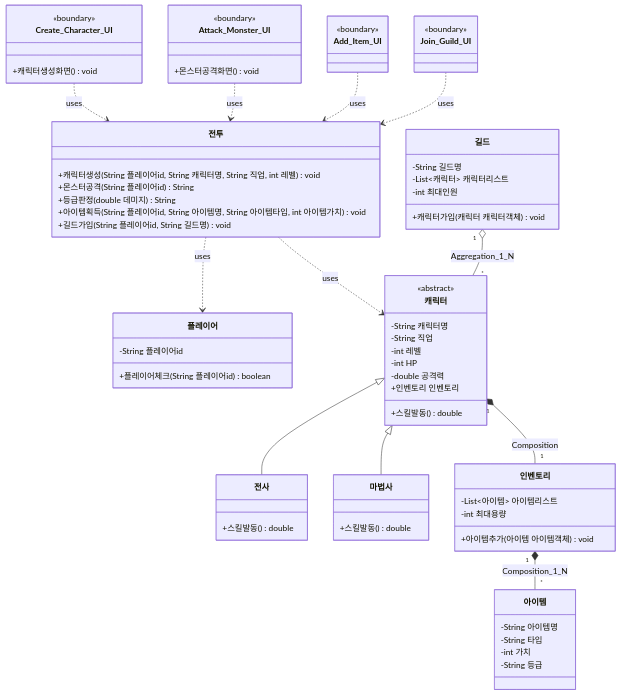
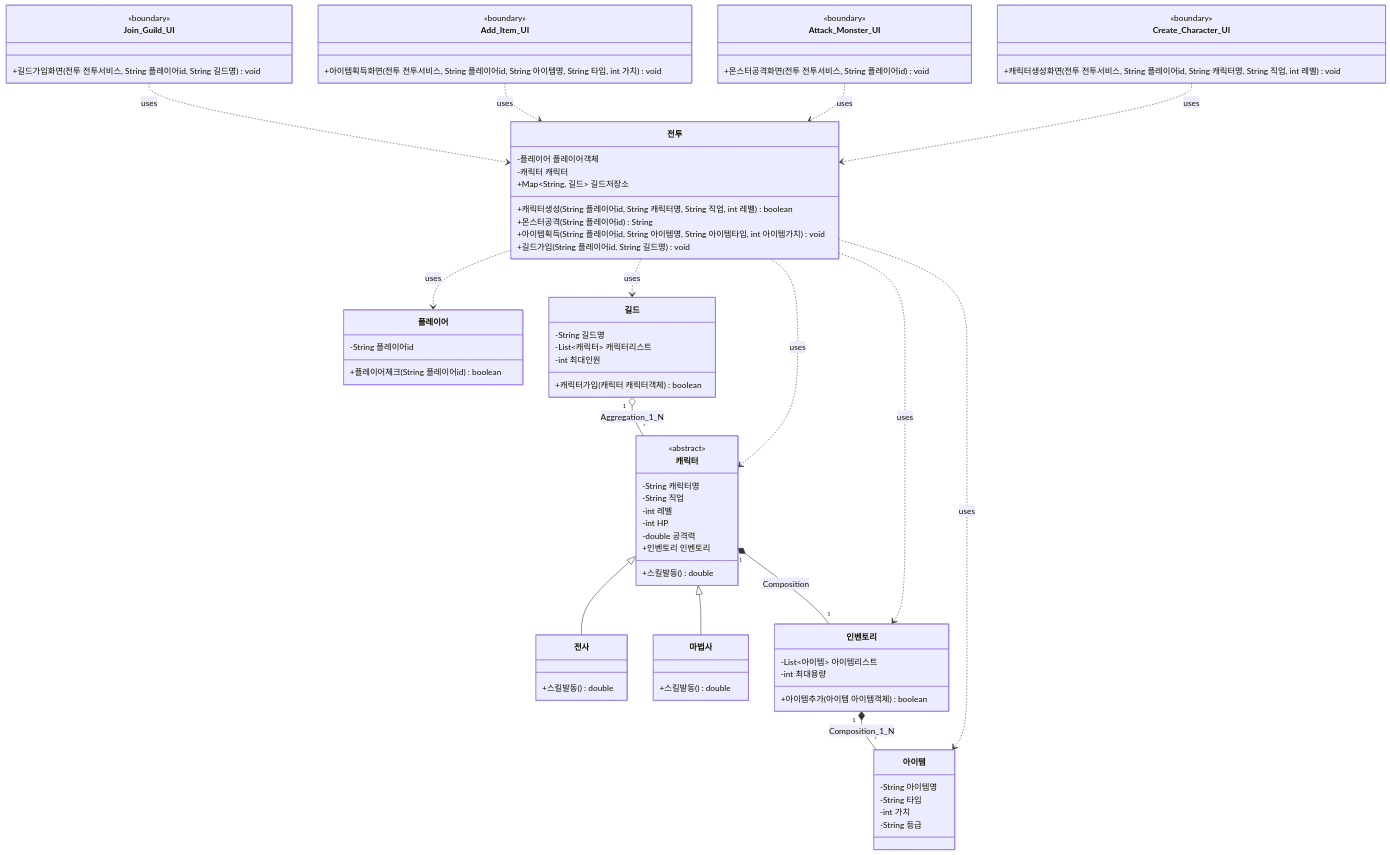
One commit to myeongjunyoung/DNF_BATTLE_B_01-02 changed the diagram in classDiagram.md. Above: the diagram before and after it, drawn with Mermaid. The commit also changed 15 other files, not shown here.

Commit message:
JSP 자바 로직 구현 & 다이어그램 수정

```diff
--- a/classDiagram.md
+++ b/classDiagram.md
@@ -3,24 +3,28 @@
     %% UI (Boundary) 클래스
     class Create_Character_UI {
         <<boundary>>
-        +캐릭터생성화면() void
+        +캐릭터생성화면(전투 전투서비스, String 플레이어id, String 캐릭터명, String 직업, int 레벨) void
     }
     class Attack_Monster_UI {
         <<boundary>>
-        +몬스터공격화면() void
+        +몬스터공격화면(전투 전투서비스, String 플레이어id) void
     }
     class Add_Item_UI {
         <<boundary>>
+        +아이템획득화면(전투 전투서비스, String 플레이어id, String 아이템명, String 타입, int 가치) void
     }
     class Join_Guild_UI {
         <<boundary>>
+        +길드가입화면(전투 전투서비스, String 플레이어id, String 길드명) void
     }
 
     %% 제어 클래스
     class 전투 {
-        +캐릭터생성(String 플레이어id, String 캐릭터명, String 직업, int 레벨) void
+        -플레이어 플레이어객체
+        -캐릭터 캐릭터
+        +Map~String, 길드~ 길드저장소
+        +캐릭터생성(String 플레이어id, String 캐릭터명, String 직업, int 레벨) boolean
         +몬스터공격(String 플레이어id) String
-        +등급판정(double 데미지) String
         +아이템획득(String 플레이어id, String 아이템명, String 아이템타입, int 아이템가치) void
         +길드가입(String 플레이어id, String 길드명) void
     }
@@ -60,14 +64,14 @@
     class 인벤토리 {
         -List~아이템~ 아이템리스트
         -int 최대용량
-        +아이템추가(아이템 아이템객체) void
+        +아이템추가(아이템 아이템객체) boolean
     }
 
     class 길드 {
         -String 길드명
         -List~캐릭터~ 캐릭터리스트
         -int 최대인원
-        +캐릭터가입(캐릭터 캐릭터객체) void
+        +캐릭터가입(캐릭터 캐릭터객체) boolean
     }
 
     %% 의존성 (Dependency) - uses 관계
@@ -78,6 +82,9 @@
 
     전투 ..> 플레이어 : uses
     전투 ..> 캐릭터 : uses
+    전투 ..> 인벤토리 : uses
+    전투 ..> 아이템 : uses
+    전투 ..> 길드 : uses
 
     %% 상속 관계 (Generalization)
     캐릭터 <|-- 전사
```
